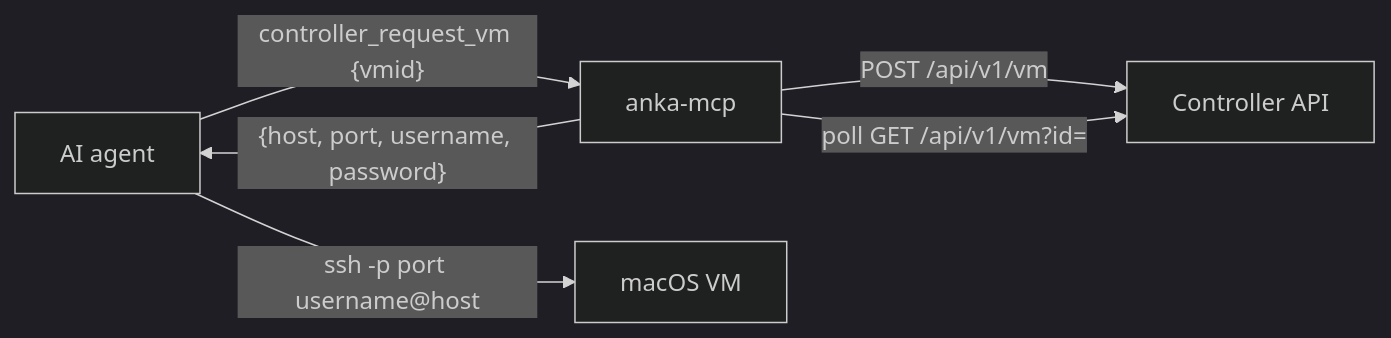
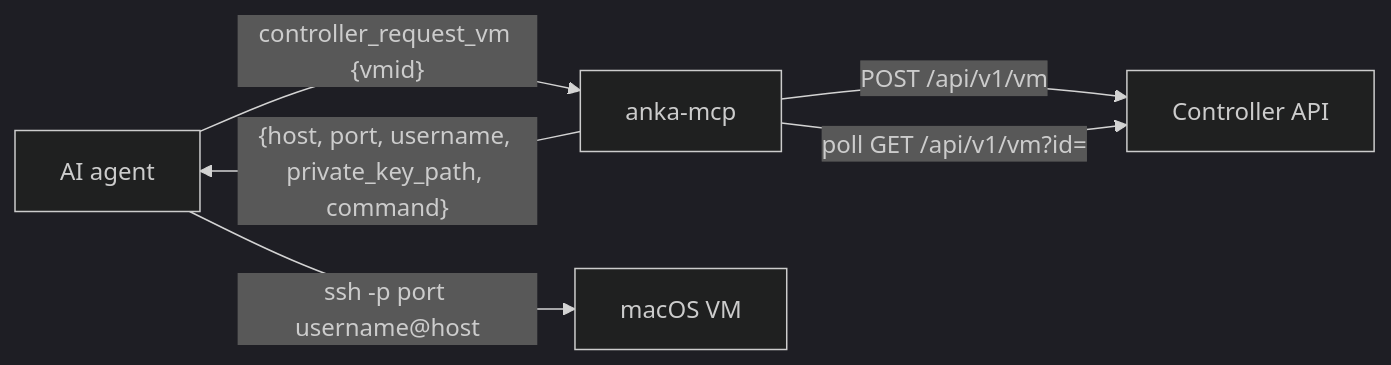
The diagram in README.md (veertuinc/anka-mcp), drawn with Mermaid (dark theme) before and after one commit. The commit also changed other lines of this file and 10 other files, not shown here.

````diff
--- a/README.md
+++ b/README.md
@@ -45,8 +45,8 @@
 ```mermaid
 flowchart LR
   agent["AI agent"] -->|"controller_request_vm {vmid}"| mcp["anka-mcp"]
   mcp -->|"POST /api/v1/vm"| ctl["Controller API"]
   mcp -->|"poll GET /api/v1/vm?id="| ctl
-  mcp -->|"{host, port, username, password}"| agent
+  mcp -->|"{host, port, username, private_key_path, command}"| agent
   agent -->|"ssh -p port username@host"| vm["macOS VM"]
 ```
````
